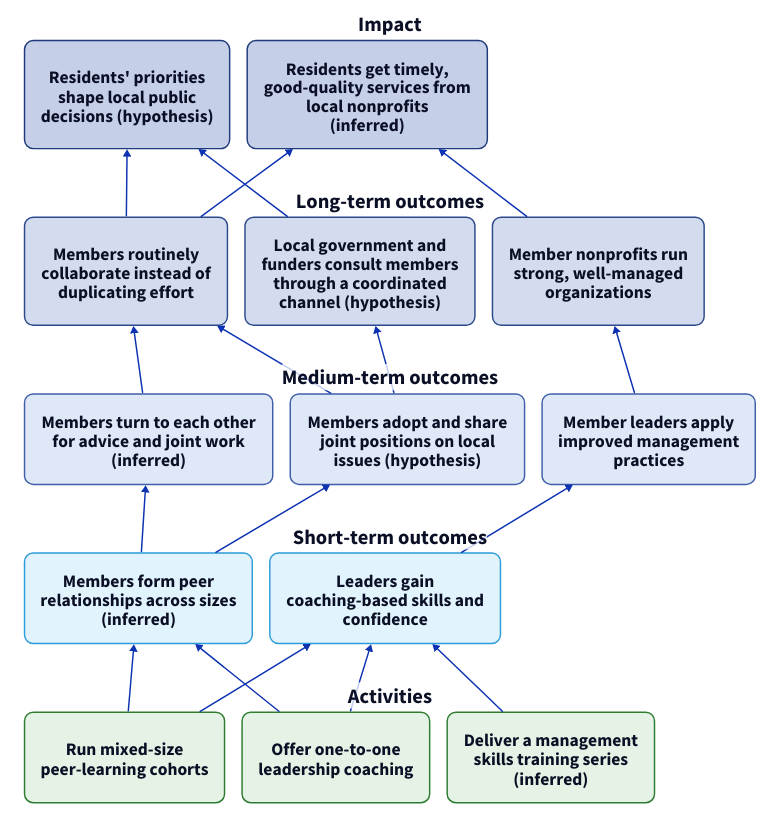
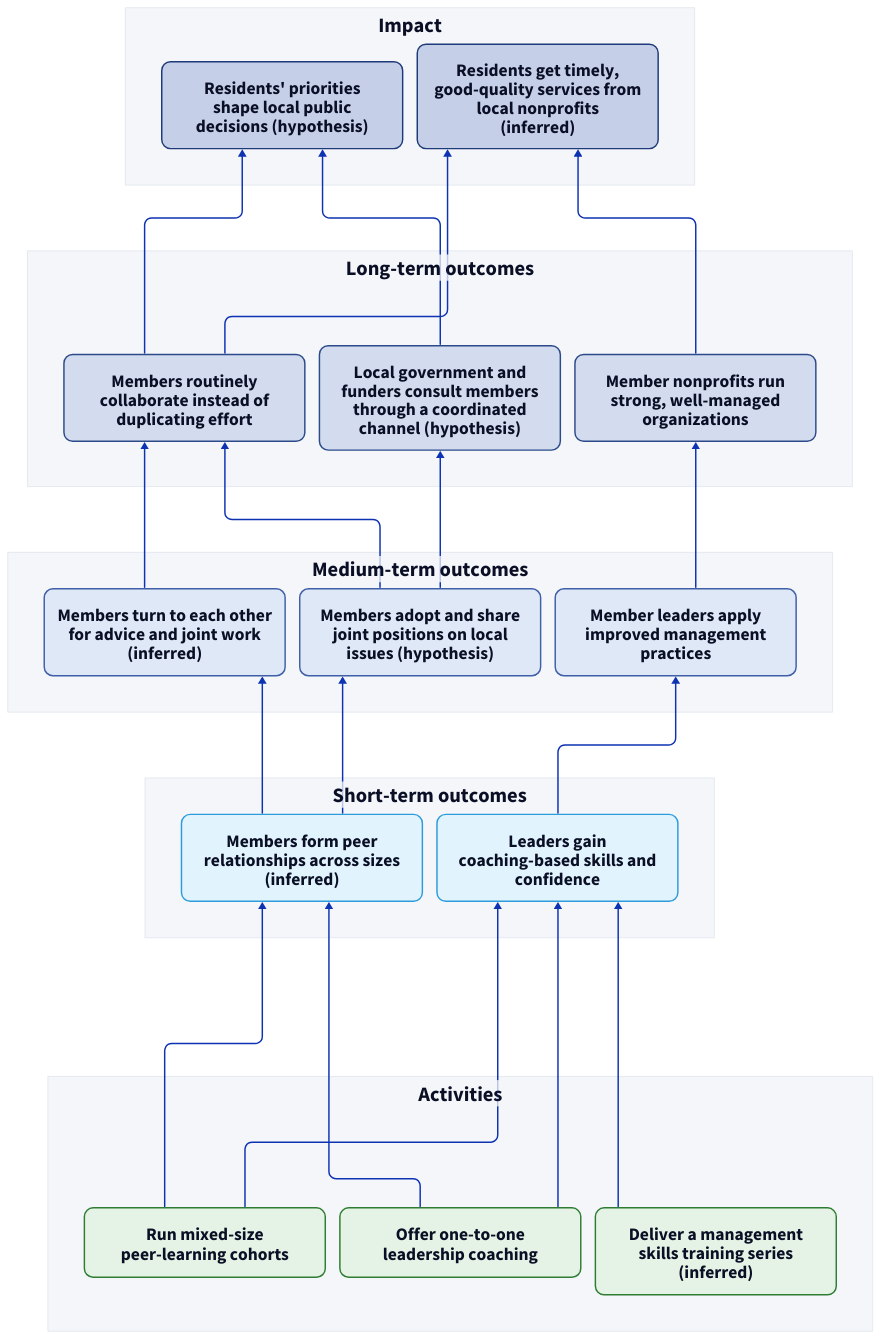
Before and after one commit to ProductBuildersHQ/impact-model: the second of 7 diagrams in pkg/document/testdata/intermediary-nonprofit.md, drawn with D2. The commit also changed other lines of this file and 8 other files, not shown here.

````diff
--- a/pkg/document/testdata/intermediary-nonprofit.md
+++ b/pkg/document/testdata/intermediary-nonprofit.md
@@ -229,6 +230,11 @@
 ```d2
-grid-rows: 5
-vertical-gap: 24
+vars: {
+  d2-config: {
+    layout-engine: elk
+  }
+}
+
+direction: up
 
 classes: {
   activities: {
@@ -236,57 +242,89 @@
     style.stroke: "#2e7d32"
     style.border-radius: 12
     style.font-size: 24
+    width: 330
   }
   impact: {
     style.fill: "#c5cfe8"
     style.stroke: "#1f3a7a"
     style.border-radius: 12
     style.font-size: 24
+    width: 330
   }
   long_term: {
     style.fill: "#d3dcee"
     style.stroke: "#2c4a8a"
     style.border-radius: 12
     style.font-size: 24
+    width: 330
   }
   medium_term: {
     style.fill: "#dfe8f6"
     style.stroke: "#3f5fa8"
     style.border-radius: 12
     style.font-size: 24
+    width: 330
   }
   short_term: {
     style.fill: "#e1f3fd"
     style.stroke: "#2d9cdb"
     style.border-radius: 12
     style.font-size: 24
+    width: 330
   }
   stage: {
-    style.fill: "transparent"
-    style.stroke-width: 0
+    style.fill: "#f4f6fa"
+    style.stroke: "#dde3ec"
+    style.stroke-width: 1
     style.font-size: 28
     style.bold: true
   }
 }
 
-impact: Impact {
-  grid-columns: 2
-  horizontal-gap: 24
-  vertical-gap: 24
+activities: Activities {
+  direction: right
   class: stage
 
-  "oc-resident-voice": "Residents' priorities\nshape local public\ndecisions (hypothesis)" {
-    class: impact
+  "int-peer-cohorts": "Run mixed-size\npeer-learning cohorts" {
+    class: activities
   }
-  "oc-resident-access": "Residents get timely,\ngood-quality services from\nlocal nonprofits\n(inferred)" {
-    class: impact
+  "int-leader-coaching": "Offer one-to-one\nleadership coaching" {
+    class: activities
+  }
+  "int-training-series": "Deliver a management\nskills training series\n(inferred)" {
+    class: activities
+  }
+}
+
+short_term: Short-term outcomes {
+  direction: right
+  class: stage
+
+  "oc-st-peer-ties": "Members form peer\nrelationships across sizes\n(inferred)" {
+    class: short_term
+  }
+  "oc-st-leader-skills": "Leaders gain\ncoaching-based skills and\nconfidence" {
+    class: short_term
+  }
+}
+
+medium_term: Medium-term outcomes {
+  direction: right
+  class: stage
+
+  "oc-im-peer-network": "Members turn to each other\nfor advice and joint work\n(inferred)" {
+    class: medium_term
+  }
+  "oc-im-joint-positions": "Members adopt and share\njoint positions on local\nissues (hypothesis)" {
+    class: medium_term
+  }
+  "oc-im-leaders-practice": "Member leaders apply\nimproved management\npractices" {
+    class: medium_term
   }
 }
 
 long_term: Long-term outcomes {
-  grid-columns: 3
-  horizontal-gap: 24
-  vertical-gap: 24
+  direction: right
   class: stage
 
   "oc-lt-collab": "Members routinely\ncollaborate instead of\nduplicating effort" {
@@ -300,51 +338,15 @@
   }
 }
 
-medium_term: Medium-term outcomes {
-  grid-columns: 3
-  horizontal-gap: 24
-  vertical-gap: 24
+impact: Impact {
+  direction: right
   class: stage
 
-  "oc-im-peer-network": "Members turn to each other\nfor advice and joint work\n(inferred)" {
-    class: medium_term
+  "oc-resident-voice": "Residents' priorities\nshape local public\ndecisions (hypothesis)" {
+    class: impact
   }
-  "oc-im-joint-positions": "Members adopt and share\njoint positions on local\nissues (hypothesis)" {
-    class: medium_term
-  }
-  "oc-im-leaders-practice": "Member leaders apply\nimproved management\npractices" {
-    class: medium_term
-  }
-}
-
-short_term: Short-term outcomes {
-  grid-columns: 2
-  horizontal-gap: 24
-  vertical-gap: 24
-  class: stage
-
-  "oc-st-peer-ties": "Members form peer\nrelationships across sizes\n(inferred)" {
-    class: short_term
-  }
-  "oc-st-leader-skills": "Leaders gain\ncoaching-based skills and\nconfidence" {
-    class: short_term
-  }
-}
-
-activities: Activities {
-  grid-columns: 3
-  horizontal-gap: 24
-  vertical-gap: 24
-  class: stage
-
-  "int-peer-cohorts": "Run mixed-size\npeer-learning cohorts" {
-    class: activities
-  }
-  "int-leader-coaching": "Offer one-to-one\nleadership coaching" {
-    class: activities
-  }
-  "int-training-series": "Deliver a management\nskills training series\n(inferred)" {
-    class: activities
+  "oc-resident-access": "Residents get timely,\ngood-quality services from\nlocal nonprofits\n(inferred)" {
+    class: impact
   }
 }
 
````
